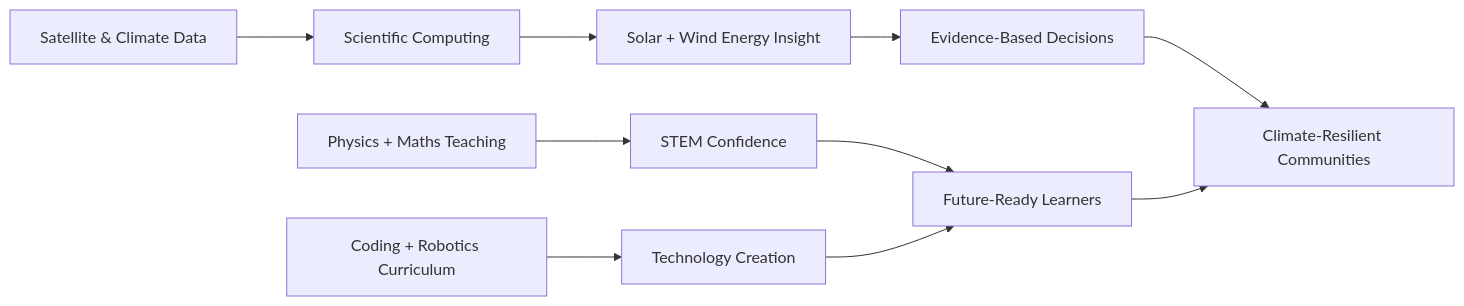
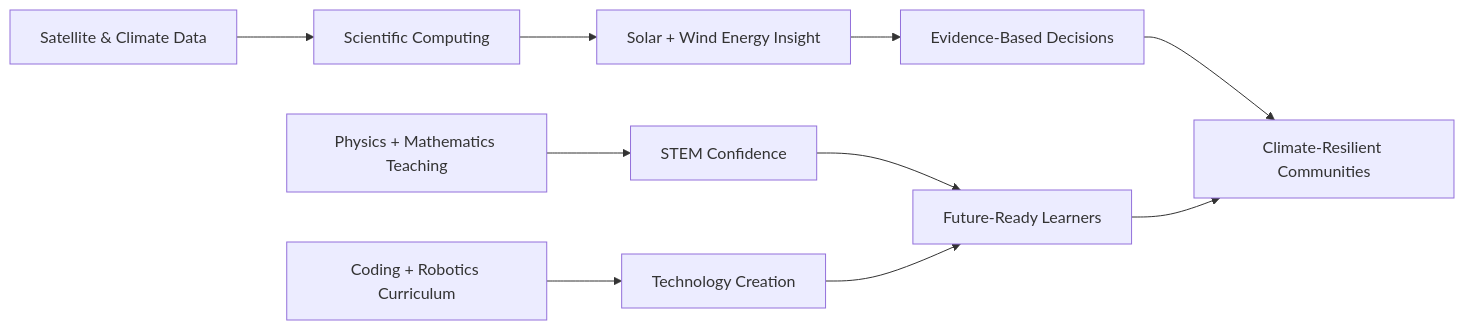
The second of 2 diagrams in README.md (babatundeawo/babatundeawo), drawn with Mermaid before and after one commit. The commit also changed other lines of this file, not shown here.

````diff
--- a/README.md
+++ b/README.md
@@ -148,12 +352,12 @@
 ```mermaid
 graph LR
   A[Satellite & Climate Data] --> B[Scientific Computing]
   B --> C[Solar + Wind Energy Insight]
   C --> D[Evidence-Based Decisions]
-  E[Physics + Maths Teaching] --> F[STEM Confidence]
+  E[Physics + Mathematics Teaching] --> F[STEM Confidence]
   F --> G[Future-Ready Learners]
   H[Coding + Robotics Curriculum] --> I[Technology Creation]
   I --> G
   D --> J[Climate-Resilient Communities]
   G --> J
 ```
````
